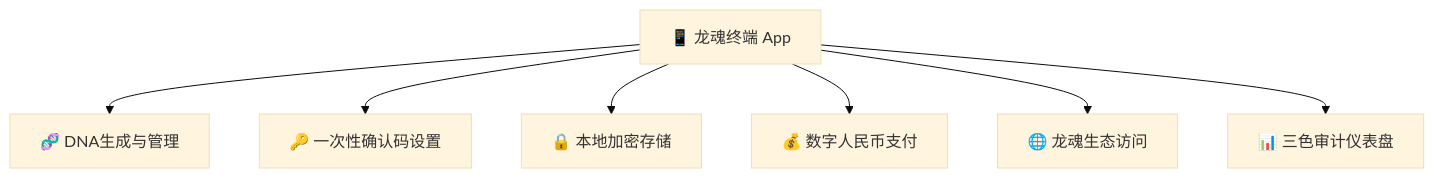
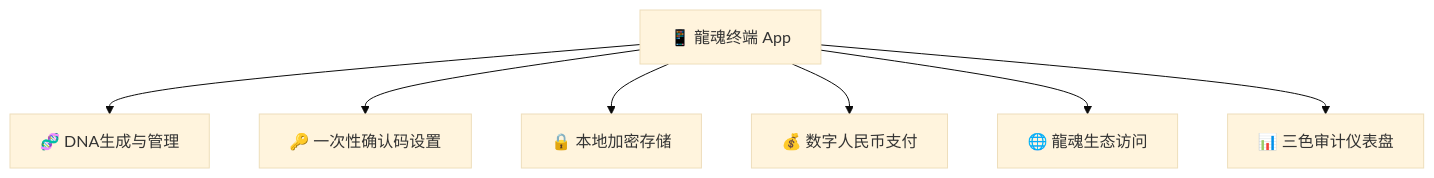
One commit to UID9622/longhun-system changed the third of 3 diagrams in 12_DOCS/notion_mirror/龙魂数据安全架构_DNA绑定加密_一次性确认码_终端入口钩子_2b525f18ec4f4e78a68edb3cac47b899.md. Above: the diagram before and after it, drawn with Mermaid (base theme). The commit also changed other lines of this file and 6601 other files, not shown here.

````diff
--- a/12_DOCS/notion_mirror/龙魂数据安全架构_DNA绑定加密_一次性确认码_终端入口钩子_2b525f18ec4f4e78a68edb3cac47b899.md
+++ b/12_DOCS/notion_mirror/龙魂数据安全架构_DNA绑定加密_一次性确认码_终端入口钩子_2b525f18ec4f4e78a68edb3cac47b899.md
@@ -72,10 +72,10 @@
 ```mermaid
 flowchart TD
- A["📱 龙魂终端 App"]
+ A["📱 龍魂终端 App"]
  A --> B["🧬 DNA生成与管理"]
  A --> C["🔑 一次性确认码设置"]
  A --> D["🔒 本地加密存储"]
  A --> E["💰 数字人民币支付"]
- A --> F["🌐 龙魂生态访问"]
+ A --> F["🌐 龍魂生态访问"]
  A --> G["📊 三色审计仪表盘"]
 ```
````
